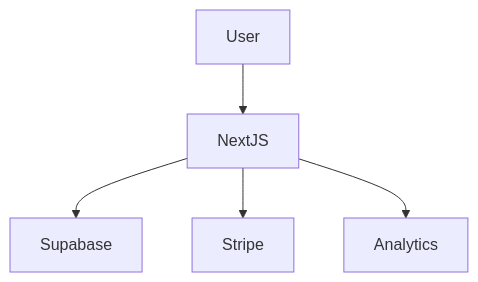
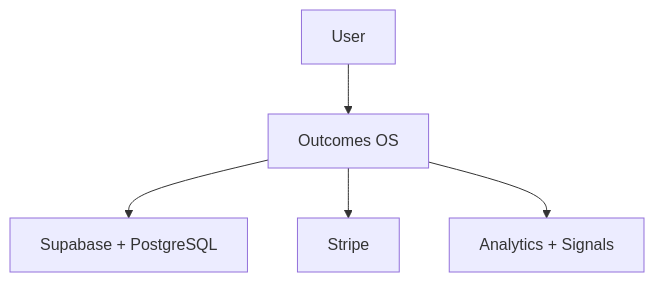
Before and after one commit to bdcrouch79/outcome-os-showcase: the diagram in docs/architecture.md, drawn with Mermaid. The commit also changed other lines of this file and 4 other files, not shown here.

````diff
--- a/docs/architecture.md
+++ b/docs/architecture.md
@@ -17,7 +27,7 @@
 ```mermaid
-graph TD
-    User --> NextJS
-    NextJS --> Supabase
-    NextJS --> Stripe
-    NextJS --> Analytics
+flowchart TD
+    User["User"] --> Web["Outcomes OS"]
+    Web --> Data["Supabase + PostgreSQL"]
+    Web --> Billing["Stripe"]
+    Web --> Signals["Analytics + Signals"]
 ```
````
